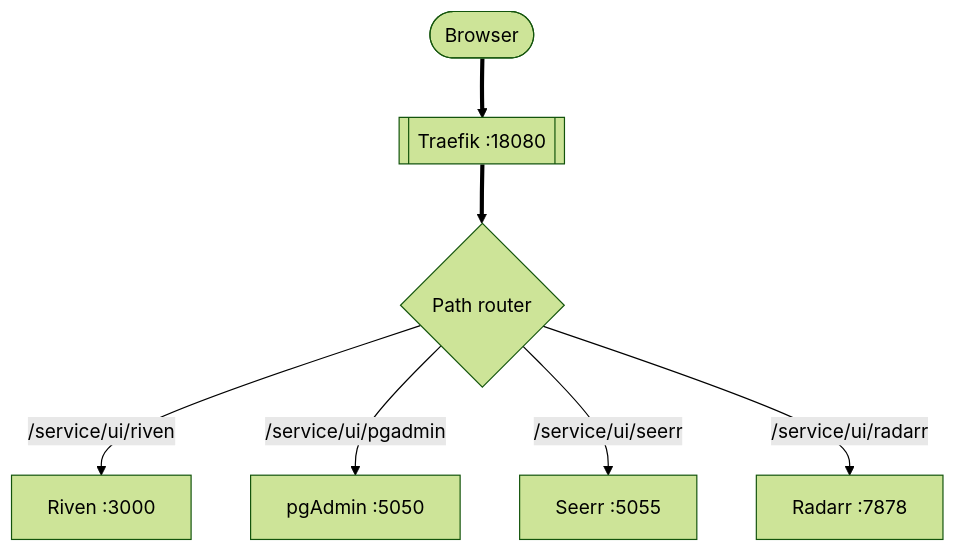
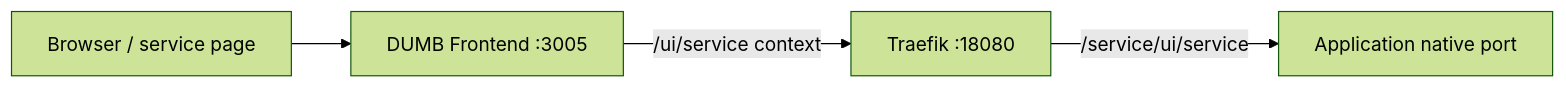
Before and after one commit to I-am-PUID-0/DUMB_docs: the diagram in docs/features/embedded-ui.md, drawn with Mermaid (forest theme). The commit also changed other lines of this file and 160 other files, not shown here.

````diff
--- a/docs/features/embedded-ui.md
+++ b/docs/features/embedded-ui.md
@@ -29,18 +24,6 @@
 ```mermaid
-%%{ init: { "flowchart": { "curve": "basis" } } }%%
-flowchart TD
-    A([Browser])
-    B[[Traefik :18080]]
-    C{Path router}
-    D[Riven :3000]
-    E[pgAdmin :5050]
-    F[Seerr :5055]
-    G[Radarr :7878]
-
-    A ==> B
-    B ==> C
-    C -- /service/ui/riven --> D
-    C -- /service/ui/pgadmin --> E
-    C -- /service/ui/seerr --> F
-    C -- /service/ui/radarr --> G
+flowchart LR
+    Browser[Browser / service page] --> Frontend[DUMB Frontend :3005]
+    Frontend -->|/ui/service context| Traefik[Traefik :18080]
+    Traefik -->|/service/ui/service| App[Application native port]
 ```
````
